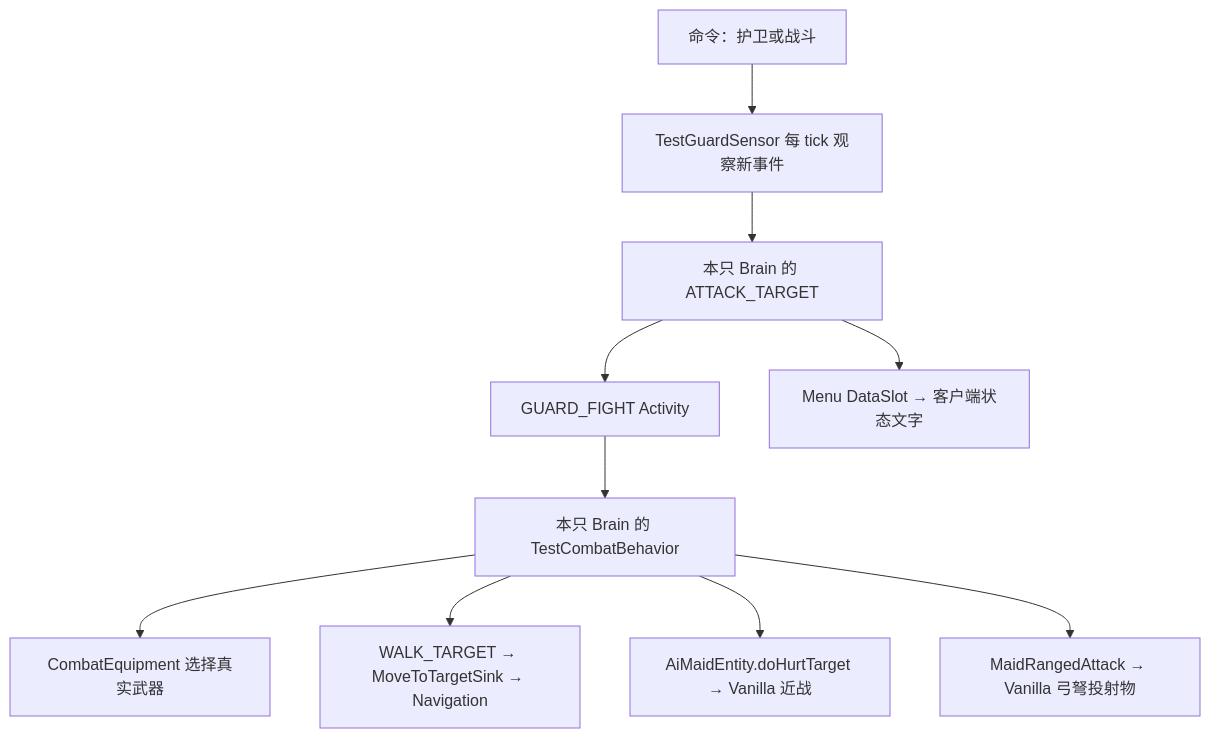
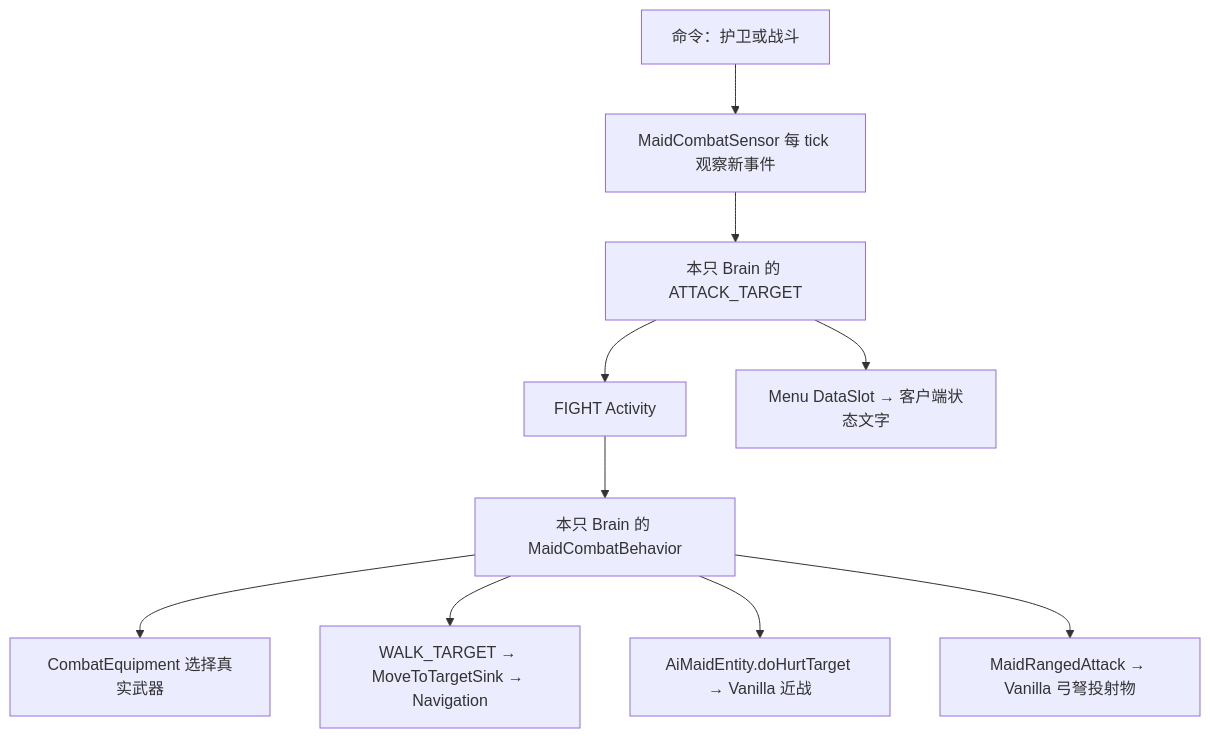
Before and after one commit to ozozorz/ai-maid: the diagram in docs/COMBAT.md, drawn with Mermaid. The commit also changed other lines of this file and 207 other files, not shown here.

````diff
--- a/docs/COMBAT.md
+++ b/docs/COMBAT.md
@@ -53,12 +51,12 @@
 ```mermaid
 flowchart TD
-    Command[命令：护卫或战斗] --> Sensor[TestGuardSensor 每 tick 观察新事件]
+    Command[命令：护卫或战斗] --> Sensor[MaidCombatSensor 每 tick 观察新事件]
     Sensor --> Memory[本只 Brain 的 ATTACK_TARGET]
-    Memory --> Activity[GUARD_FIGHT Activity]
-    Activity --> Behavior[本只 Brain 的 TestCombatBehavior]
+    Memory --> Activity[FIGHT Activity]
+    Activity --> Behavior[本只 Brain 的 MaidCombatBehavior]
     Behavior --> Equipment[CombatEquipment 选择真实武器]
     Behavior --> Walk[WALK_TARGET → MoveToTargetSink → Navigation]
     Behavior --> Melee[AiMaidEntity.doHurtTarget → Vanilla 近战]
     Behavior --> Ranged[MaidRangedAttack → Vanilla 弓弩投射物]
     Memory --> Menu[Menu DataSlot → 客户端状态文字]
 ```
````
